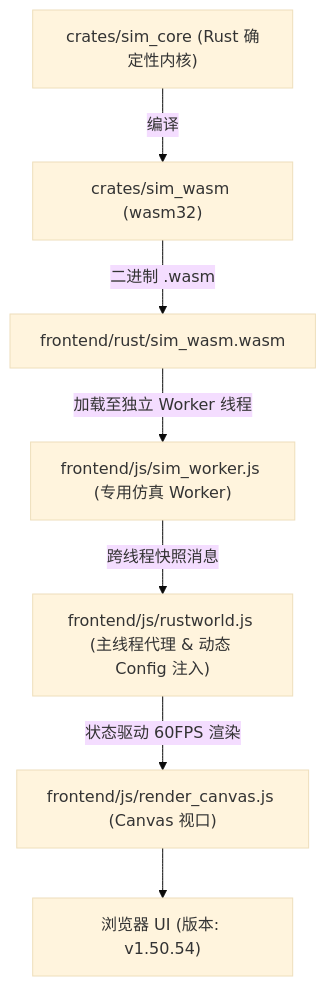
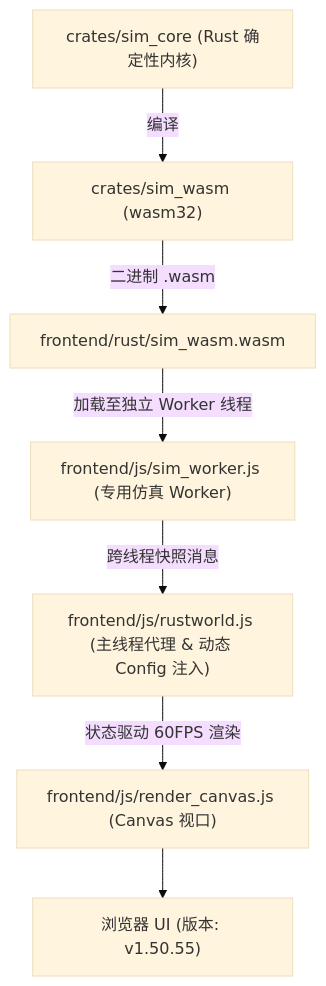
The diagram in AGENTS.md (g39088902/FlowAndAccord), drawn with Mermaid (base theme) before and after one commit. The commit also changed other lines of this file and 36 other files, not shown here.

````diff
--- a/AGENTS.md
+++ b/AGENTS.md
@@ -61,10 +61,10 @@
 ```mermaid
 graph TD
     A["crates/sim_core (Rust 确定性内核)"] -->|编译| B["crates/sim_wasm (wasm32)"]
     B -->|二进制 .wasm| C["frontend/rust/sim_wasm.wasm"]
     C -->|加载至独立 Worker 线程| D["frontend/js/sim_worker.js (专用仿真 Worker)"]
     D -->|跨线程快照消息| E["frontend/js/rustworld.js (主线程代理 & 动态 Config 注入)"]
     E -->|状态驱动 60FPS 渲染| F["frontend/js/render_canvas.js (Canvas 视口)"]
-    F --> G["浏览器 UI (版本: v1.50.54)"]
+    F --> G["浏览器 UI (版本: v1.50.55)"]
 
 ```
````
